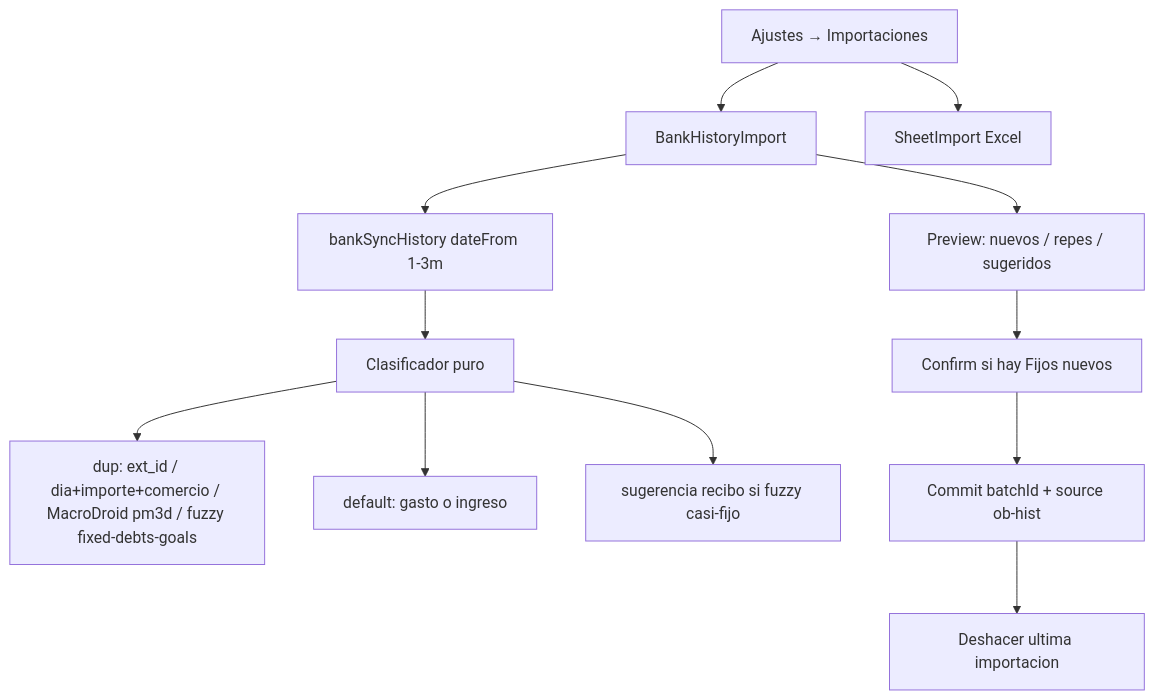
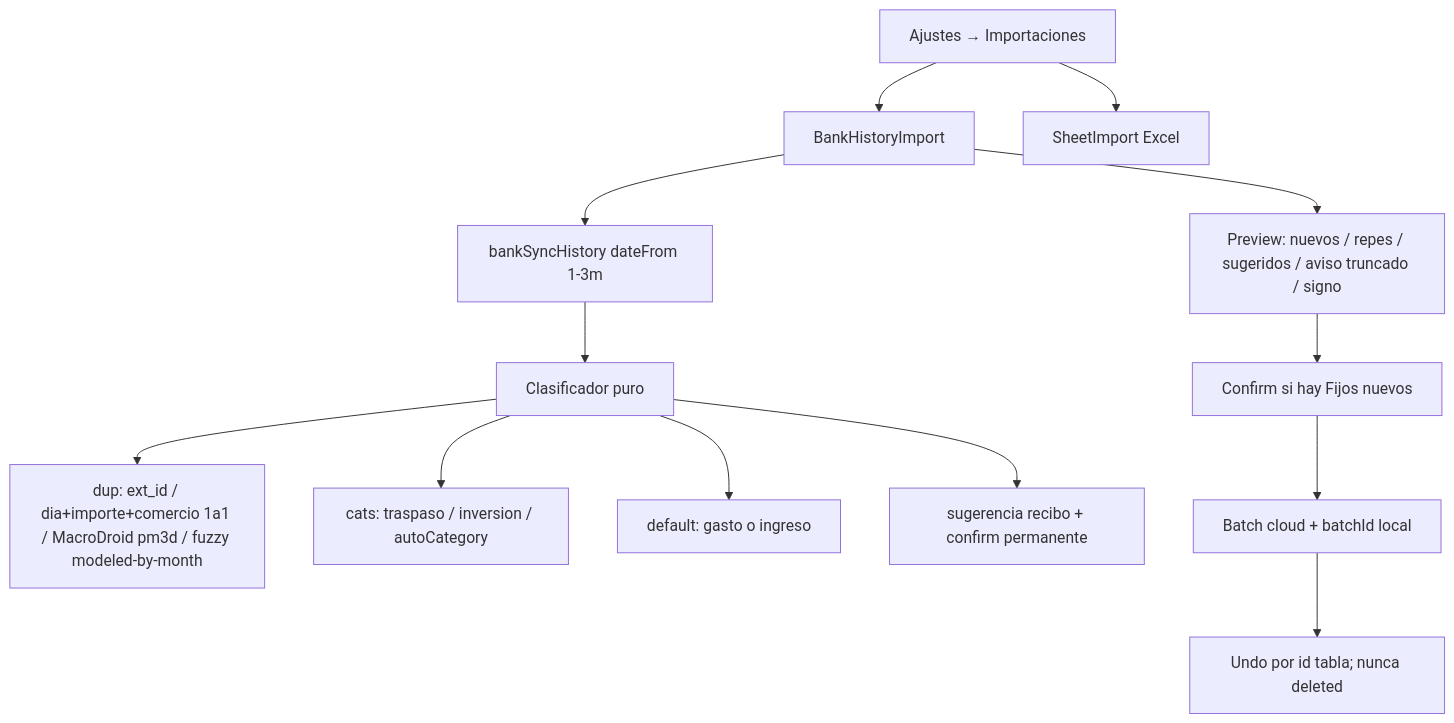
The diagram in docs/briefs/plan-import-historico-seguro.md (JuanjoAvila/Mi-Cartera), drawn with Mermaid before and after one commit. The commit also changed other lines of this file, not shown here.

````diff
--- a/docs/briefs/plan-import-historico-seguro.md
+++ b/docs/briefs/plan-import-historico-seguro.md
@@ -43,14 +99,15 @@
 ```mermaid
 flowchart TD
   settings["Ajustes → Importaciones"] --> histUI["BankHistoryImport"]
   settings --> hojaUI["SheetImport Excel"]
   histUI --> fetch["bankSyncHistory dateFrom 1-3m"]
   fetch --> classify["Clasificador puro"]
-  classify --> dup["dup: ext_id / dia+importe+comercio / MacroDroid pm3d / fuzzy fixed-debts-goals"]
+  classify --> dup["dup: ext_id / dia+importe+comercio 1a1 / MacroDroid pm3d / fuzzy modeled-by-month"]
+  classify --> cats["cats: traspaso / inversion / autoCategory"]
   classify --> safe["default: gasto o ingreso"]
-  classify --> suggest["sugerencia recibo si fuzzy casi-fijo"]
-  histUI --> preview["Preview: nuevos / repes / sugeridos"]
+  classify --> suggest["sugerencia recibo + confirm permanente"]
+  histUI --> preview["Preview: nuevos / repes / sugeridos / aviso truncado / signo"]
   preview --> confirm["Confirm si hay Fijos nuevos"]
-  confirm --> commit["Commit batchId + source ob-hist"]
-  commit --> undo["Deshacer ultima importacion"]
+  confirm --> commit["Batch cloud + batchId local"]
+  commit --> undo["Undo por id tabla; nunca deleted"]
 ```
````
